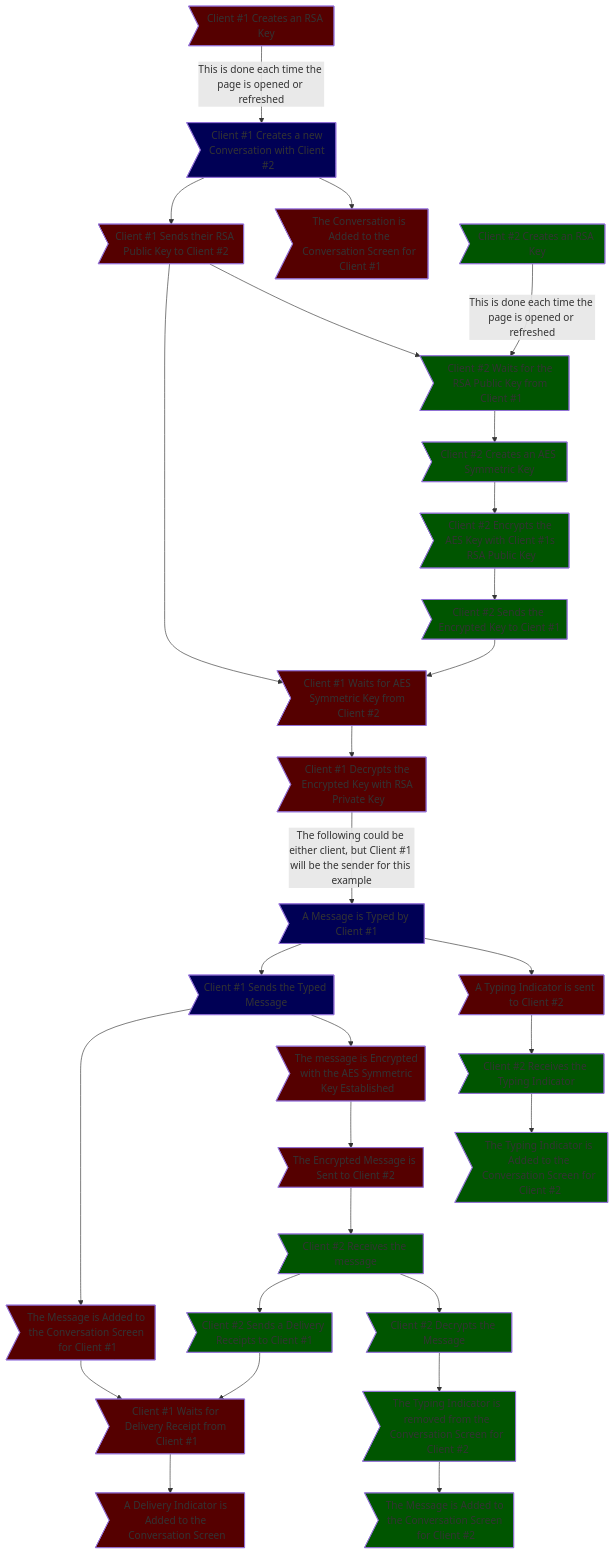
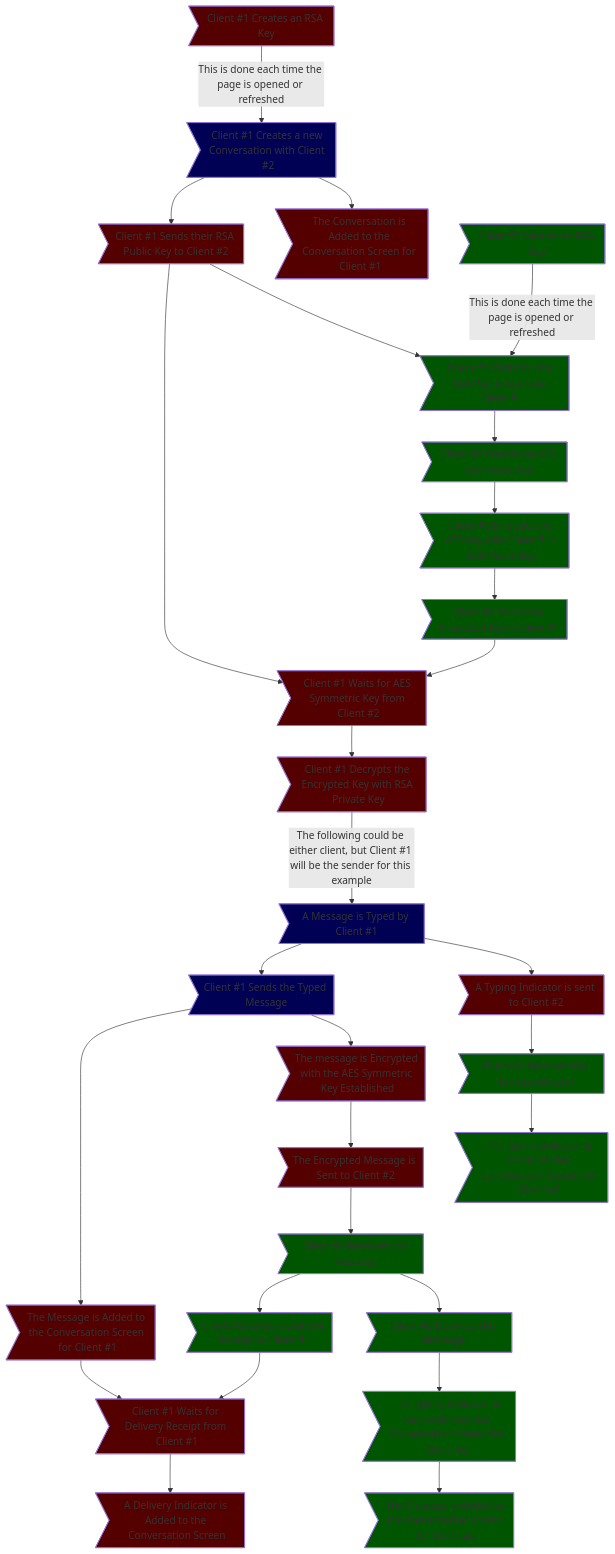
Before and after one commit to xXCrash2BomberXx/TinyChat: the diagram in README.md, drawn with Mermaid.

````diff
--- a/README.md
+++ b/README.md
@@ -95,37 +95,37 @@
 ```mermaid
 graph TB;
   A>Client #1 Creates an RSA Key] --> |This is done each time the page is opened or refreshed| B>Client #1 Creates a new Conversation with Client #2];
   B --> D>The Conversation is Added to the Conversation Screen for Client #1];
   B --> E>Client #1 Sends their RSA Public Key to Client #2];
   F>Client #2 Creates an RSA Key] --> |This is done each time the page is opened or refreshed| G>Client #2 Waits for the RSA Public Key from Client #1];
   E --> G;
   G --> H>Client #2 Creates an AES Symmetric Key];
   H -->I>Client #2 Encrypts the AES Key with Client #1s RSA Public Key];
   I -->J>Client #2 Sends the Encrypted Key to Cient #1];
   E --> K>Client #1 Waits for AES Symmetric Key from Client #2];
   J --> K;
   K --> L>Client #1 Decrypts the Encrypted Key with RSA Private Key];
   L --> |The following could be either client, but Client #1 will be the sender for this example| M>A Message is Typed by Client #1];
   M --> W>A Typing Indicator is sent to Client #2];
   W --> X>Client #2 Receives the Typing Indicator];
   X --> Y>The Typing Indicator is Added to the Conversation Screen for Client #2];
   M --> Z>Client #1 Sends the Typed Message];
   Z --> N>The message is Encrypted with the AES Symmetric Key Established];
   N --> O>The Encrypted Message is Sent to Client #2];
   Z --> Q>The Message is Added to the Conversation Screen for Client #1];
   Q --> R>Client #1 Waits for Delivery Receipt from Client #1];
   R --> V>A Delivery Indicator is Added to the Conversation Screen];
   O --> P>Client #2 Receives the message];
   P --> S>Client #2 Decrypts the Message];
   S --> C>The Typing Indicator is removed from the Conversation Screen for Client #2];
   C --> T>The Message is Added to the Conversation Screen for Client #2];
-  P --> U>Client #2 Sends a Delivery Receipts to Client #1];
+  P --> U>Client #2 Sends a Delivery Receipt to Client #1];
   U --> R;
 
   classDef c1 fill:#500
   classDef c2 fill:#050
   classDef user fill:#005
   class A,C,D,E,K,L,M,N,O,Q,R,V,W c1;
   class F,G,H,I,J,P,S,T,U,X,Y,C c2;
   class B,M,Z user;
 ```
````
